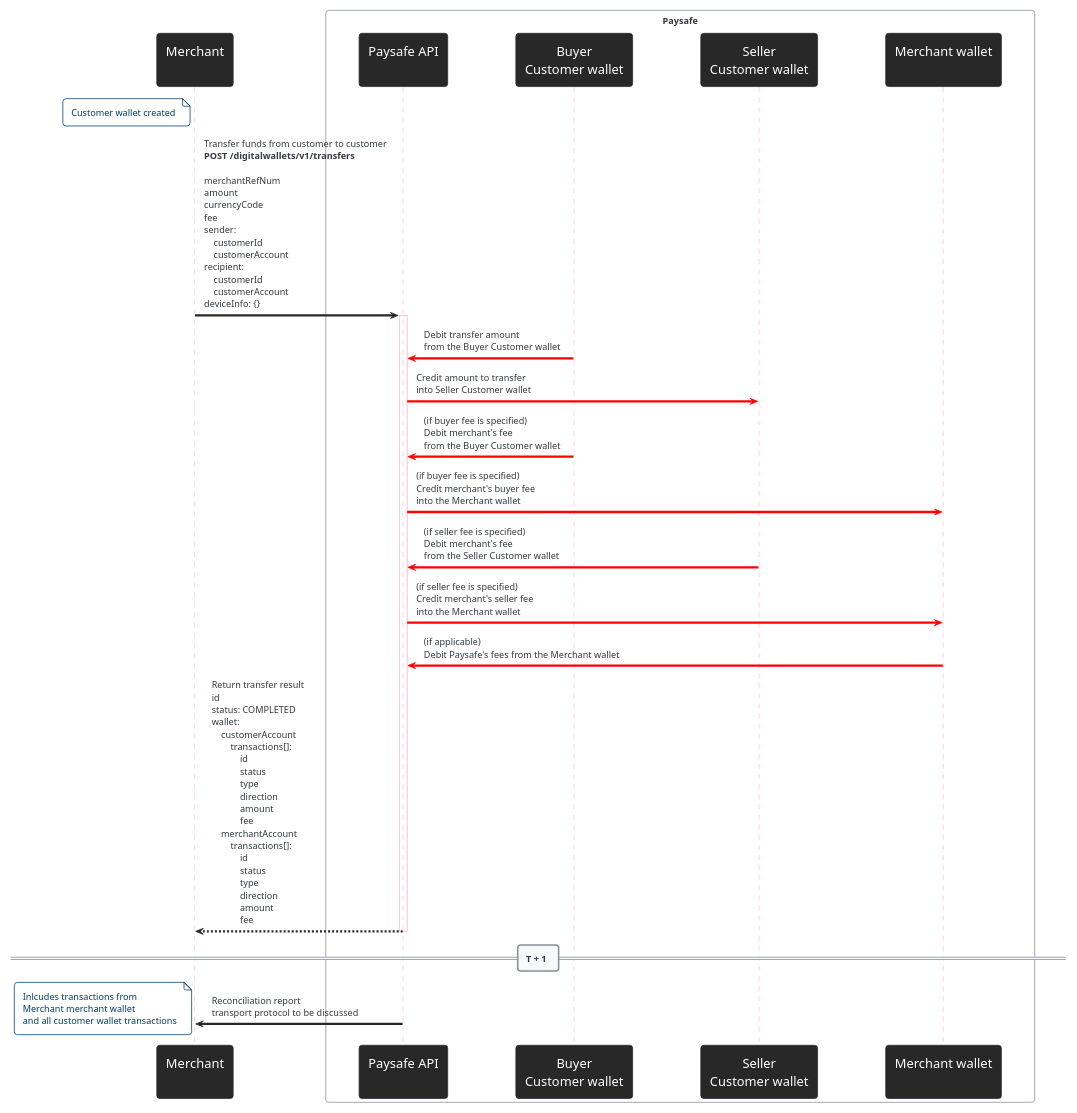
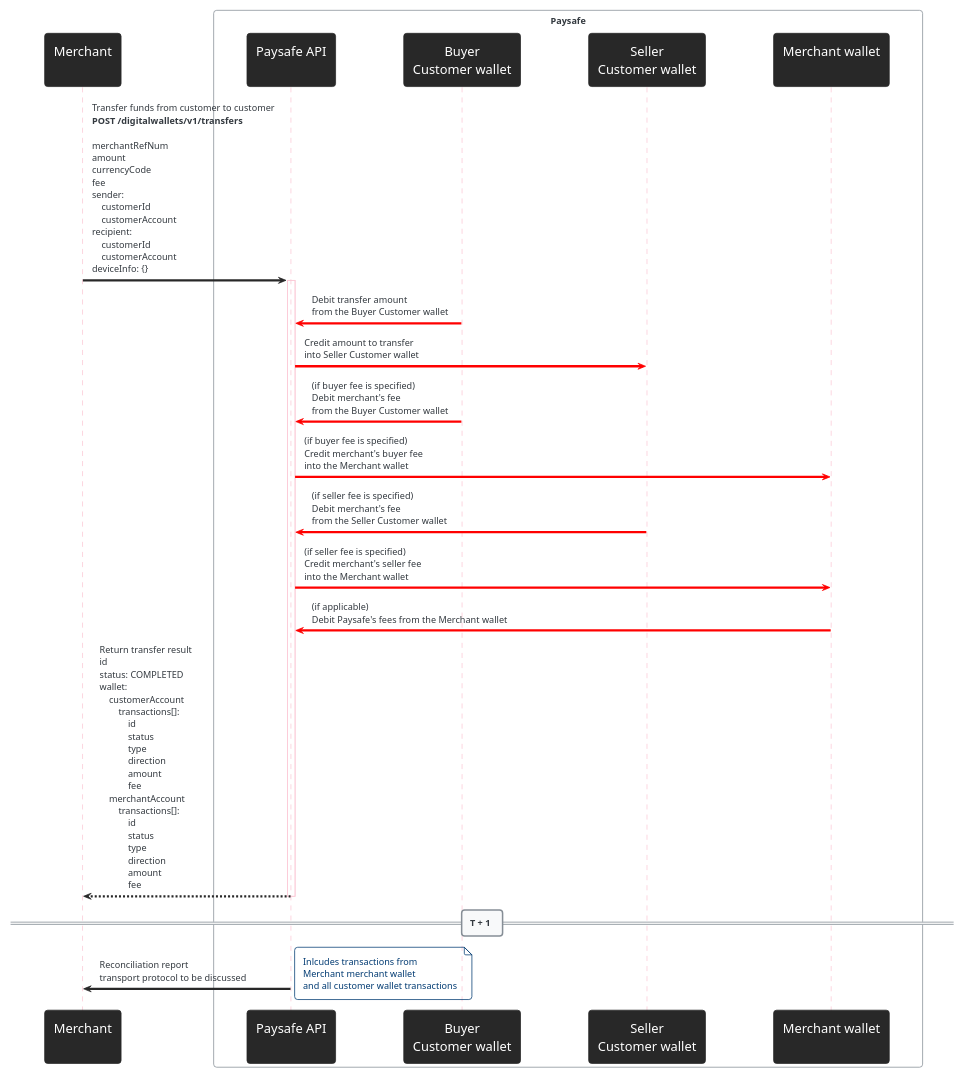
Before and after one commit to paysafegroup/WalletAPI: the eighth of 8 diagrams in diagrams/diagrams.plantuml, drawn with PlantUML. The commit also changed 1 other file, not shown here.

```diff
--- a/diagrams/diagrams.plantuml
+++ b/diagrams/diagrams.plantuml
@@ -369,44 +369,42 @@
 @startuml "6-Transfers-customer-to-customer"
     !theme cerulean-outline
 
     skinparam dpi 72
     skinparam shadowing false
     skinparam backgroundColor #FFFFFF
     skinparam Sequence {
         ParticipantBorderColor #282828
         ParticipantBackgroundColor #282828
         ParticipantFontSize 17
         ParticipantFontColor #FFFFFF
         ArrowColor #282828
         LifeLineBorderColor #FBC9D6
     }
 
     participant "Merchant\n" as Merchant
     box "Paysafe"
         participant "Paysafe API\n" as PaysafeAPI
         participant "Buyer\nCustomer wallet" as CW_Buyer
         participant "Seller\nCustomer wallet" as CW_Seller
         participant "Merchant wallet\n" as MW
     end box
 
-    note left of Merchant: Customer wallet created
-
     Merchant -> PaysafeAPI: Transfer funds from customer to customer\n**POST /digitalwallets/v1/transfers**\n\nmerchantRefNum\namount\ncurrencyCode\nfee\nsender:\n    customerId\n    customerAccount\nrecipient:\n    customerId\n    customerAccount\ndeviceInfo: {}
         activate PaysafeAPI
 
         PaysafeAPI <-[#FF0000] CW_Buyer: Debit transfer amount\nfrom the Buyer Customer wallet
         PaysafeAPI [#FF0000]-> CW_Seller: Credit amount to transfer\ninto Seller Customer wallet
         PaysafeAPI <-[#FF0000] CW_Buyer: (if buyer fee is specified)\nDebit merchant's fee\nfrom the Buyer Customer wallet
         PaysafeAPI [#FF0000]-> MW: (if buyer fee is specified)\nCredit merchant's buyer fee\ninto the Merchant wallet
         PaysafeAPI <-[#FF0000] CW_Seller: (if seller fee is specified)\nDebit merchant's fee\nfrom the Seller Customer wallet
         PaysafeAPI [#FF0000]-> MW: (if seller fee is specified)\nCredit merchant's seller fee\ninto the Merchant wallet
         PaysafeAPI <-[#FF0000] MW: (if applicable)\nDebit Paysafe's fees from the Merchant wallet
 
         Merchant <-- PaysafeAPI: Return transfer result\nid\nstatus: COMPLETED\nwallet:\n    customerAccount\n        transactions[]:\n            id\n            status\n            type\n            direction\n            amount\n            fee            \n    merchantAccount\n        transactions[]:\n            id\n            status\n            type\n            direction\n            amount\n            fee
     deactivate PaysafeAPI
 
 	== T + 1 ==
 
  	PaysafeAPI -> Merchant: Reconciliation report\ntransport protocol to be discussed
-    note left: Inlcudes transactions from\nMerchant merchant wallet \nand all customer wallet transactions
+    note right: Inlcudes transactions from\nMerchant merchant wallet \nand all customer wallet transactions
 @enduml
```
